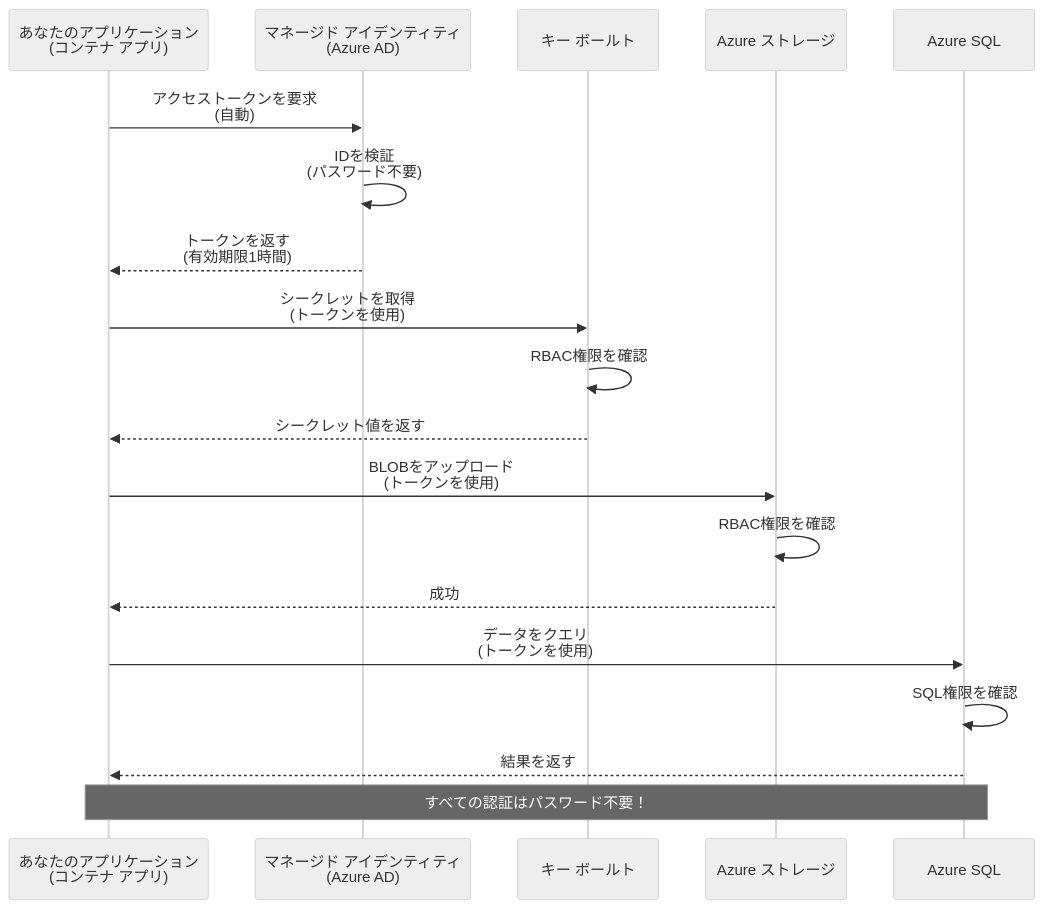
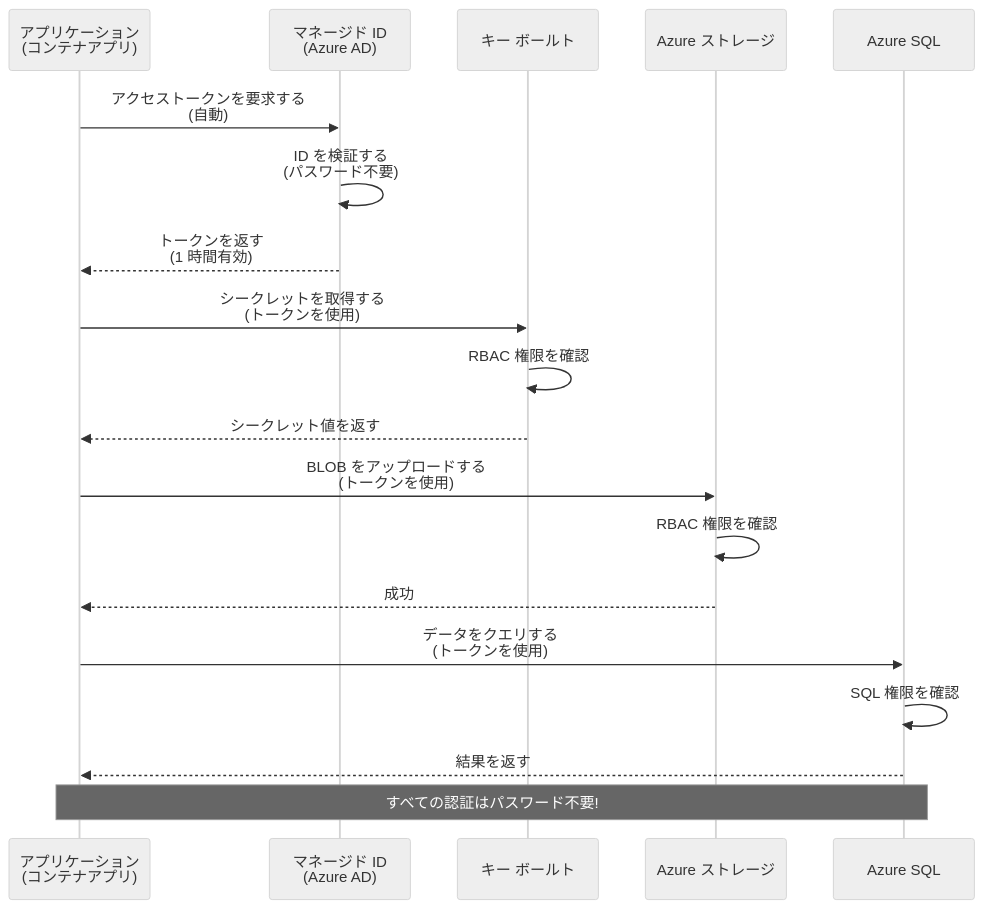
One commit to microsoft/AZD-for-beginners changed the first of 2 diagrams in translations/ja/docs/chapter-03-configuration/authsecurity.md. Above: the diagram before and after it, drawn with Mermaid (neutral theme). The commit also changed other lines of this file and 101 other files, not shown here.

````diff
--- a/translations/ja/docs/chapter-03-configuration/authsecurity.md
+++ b/translations/ja/docs/chapter-03-configuration/authsecurity.md
@@ -69,26 +69,26 @@
 ```mermaid
 sequenceDiagram
-    participant App as あなたのアプリケーション<br/>(コンテナ アプリ)
-    participant MI as マネージド アイデンティティ<br/>(Azure AD)
+    participant App as アプリケーション<br/>(コンテナアプリ)
+    participant MI as マネージド ID<br/>(Azure AD)
     participant KV as キー ボールト
     participant Storage as Azure ストレージ
     participant DB as Azure SQL
     
-    App->>MI: アクセストークンを要求<br/>(自動)
-    MI->>MI: IDを検証<br/>(パスワード不要)
-    MI-->>App: トークンを返す<br/>(有効期限1時間)
+    App->>MI: アクセストークンを要求する<br/>(自動)
+    MI->>MI: ID を検証する<br/>(パスワード不要)
+    MI-->>App: トークンを返す<br/>(1 時間有効)
     
-    App->>KV: シークレットを取得<br/>(トークンを使用)
-    KV->>KV: RBAC権限を確認
+    App->>KV: シークレットを取得する<br/>(トークンを使用)
+    KV->>KV: RBAC 権限を確認
     KV-->>App: シークレット値を返す
     
-    App->>Storage: BLOBをアップロード<br/>(トークンを使用)
-    Storage->>Storage: RBAC権限を確認
+    App->>Storage: BLOB をアップロードする<br/>(トークンを使用)
+    Storage->>Storage: RBAC 権限を確認
     Storage-->>App: 成功
     
-    App->>DB: データをクエリ<br/>(トークンを使用)
-    DB->>DB: SQL権限を確認
+    App->>DB: データをクエリする<br/>(トークンを使用)
+    DB->>DB: SQL 権限を確認
     DB-->>App: 結果を返す
     
-    Note over App,DB: すべての認証はパスワード不要！
+    Note over App,DB: すべての認証はパスワード不要!
 ```
````
